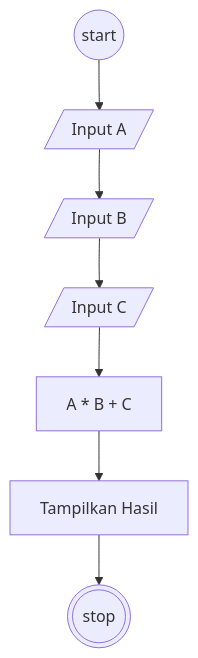
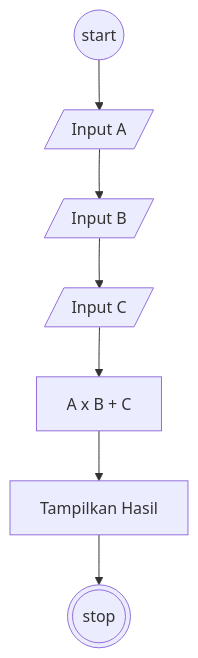
Before and after one commit to dev-Flone/koda-b1-algoritm: the diagram in algoritma-perhitungan.md, drawn with Mermaid. The commit also changed other lines of this file, not shown here.

````diff
--- a/algoritma-perhitungan.md
+++ b/algoritma-perhitungan.md
@@ -12,12 +12,12 @@
 ``` mermaid
 flowchart TD
     start((start))
     A[/Input A/]
     B[/Input B/]
     C[/Input C/]
-    Hasil[A * B + C]
+    Hasil[A x B + C]
     Output[Tampilkan Hasil]
     stop(((stop)))
 
     start --> A --> B --> C --> Hasil --> Output --> stop
 ```
````
